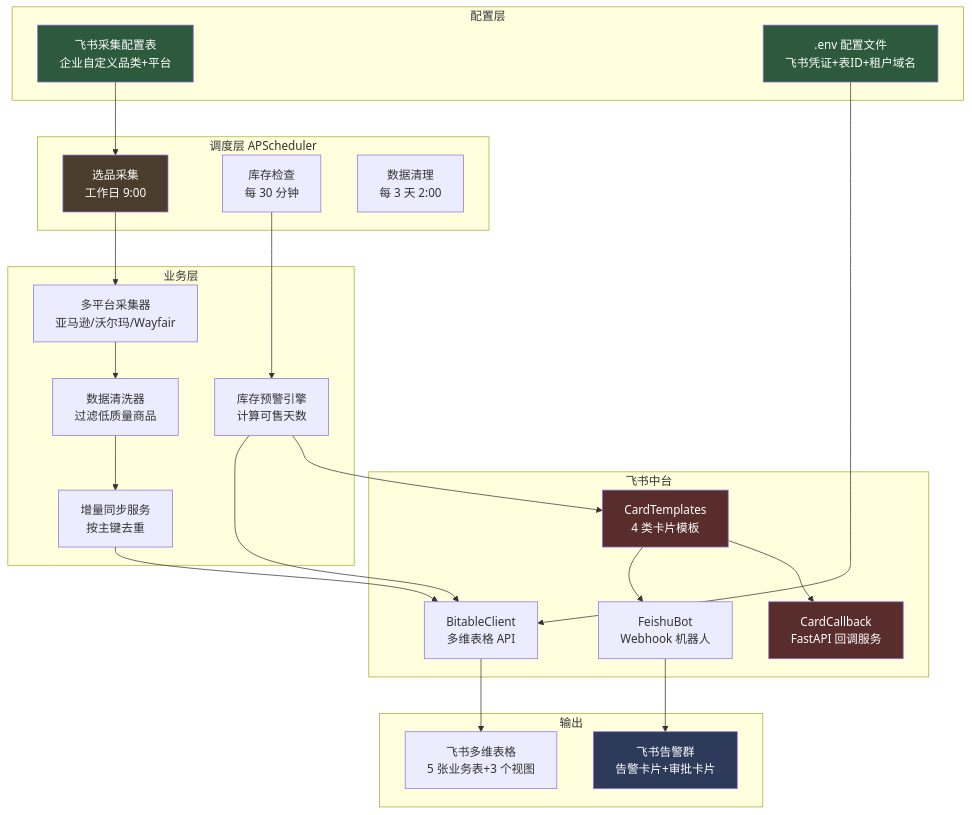
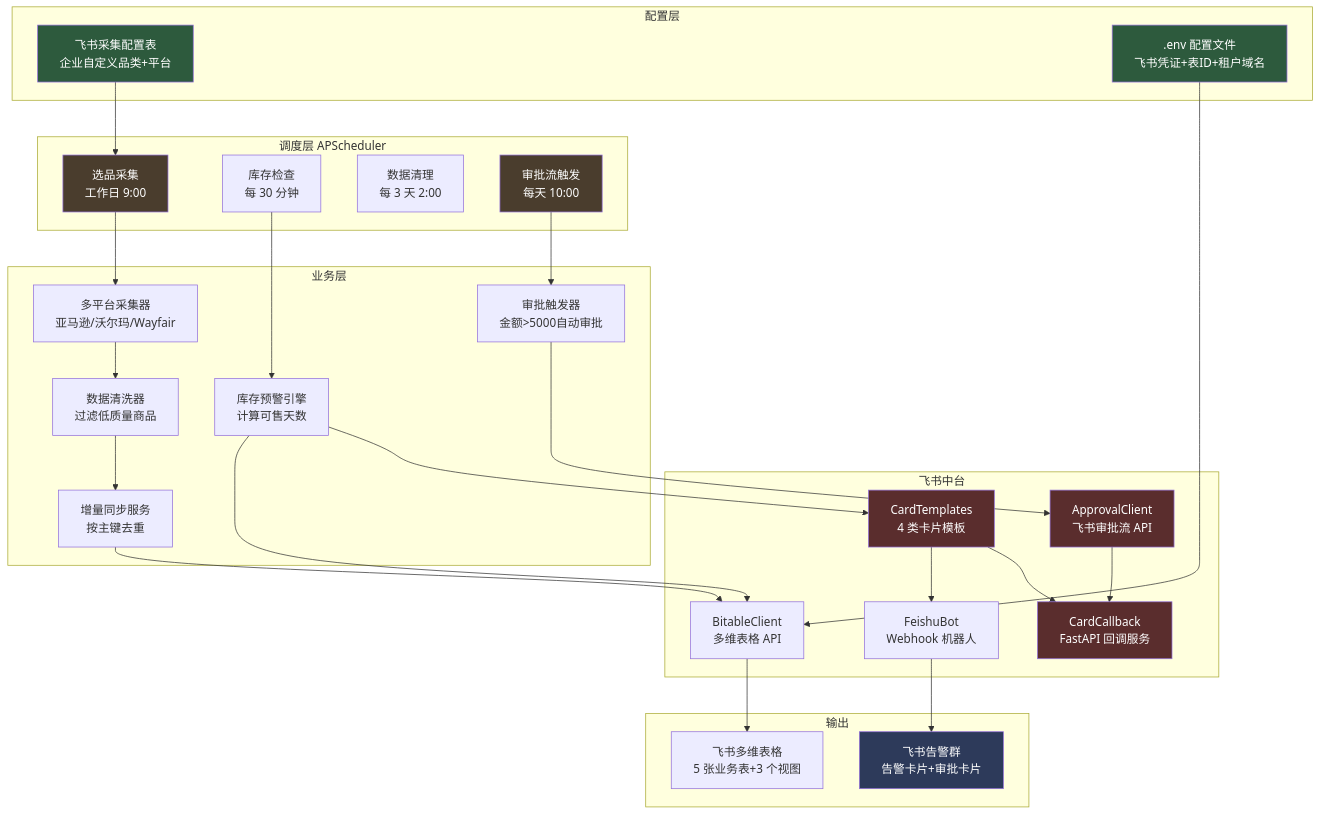
One commit to lbh1nb/cross-border-ai-platform changed the diagram in README.md. Above: the diagram before and after it, drawn with Mermaid. The commit also changed other lines of this file and 16 other files, not shown here.

Commit message:
feat: 08-06 飞书审批流自动化 - 新增 approval.py 审批流 API 客户端 - 扩展 card_callback.py 处理 approval_instance 事件 - 新增 approval_task.py 自动触发任务（每天10点） - 新增 query_approval_definition.py 查询工具 - 29个新测试，全量161测试通过

````diff
--- a/README.md
+++ b/README.md
@@ -50,46 +52,53 @@
 ```mermaid
 flowchart TB
     subgraph 配置层
         A1[飞书采集配置表<br/>企业自定义品类+平台]
         A2[.env 配置文件<br/>飞书凭证+表ID+租户域名]
     end
 
     subgraph 调度层[调度层 APScheduler]
         B1[选品采集<br/>工作日 9:00]
         B2[库存检查<br/>每 30 分钟]
         B3[数据清理<br/>每 3 天 2:00]
+        B5[审批流触发<br/>每天 10:00]
     end
 
     subgraph 业务层
         C1[多平台采集器<br/>亚马逊/沃尔玛/Wayfair]
         C2[数据清洗器<br/>过滤低质量商品]
         C3[增量同步服务<br/>按主键去重]
         C4[库存预警引擎<br/>计算可售天数]
+        C5[审批触发器<br/>金额>5000自动审批]
     end
 
     subgraph 飞书中台
         D1[BitableClient<br/>多维表格 API]
         D2[FeishuBot<br/>Webhook 机器人]
         D3[CardTemplates<br/>4 类卡片模板]
         D4[CardCallback<br/>FastAPI 回调服务]
+        D5[ApprovalClient<br/>飞书审批流 API]
     end
 
     subgraph 输出
         E1[飞书多维表格<br/>5 张业务表+3 个视图]
         E2[飞书告警群<br/>告警卡片+审批卡片]
     end
 
     A1 --> B1
     A2 --> D1
     B1 --> C1 --> C2 --> C3 --> D1 --> E1
     B2 --> C4 --> D1
     C4 --> D3 --> D2 --> E2
     D3 --> D4
+    B5 --> C5 --> D5
+    D5 --> D4
 
     style A1 fill:#2d5a3d,color:#fff
     style A2 fill:#2d5a3d,color:#fff
     style B1 fill:#4a3d2d,color:#fff
+    style B5 fill:#4a3d2d,color:#fff
     style D3 fill:#5a2d2d,color:#fff
     style D4 fill:#5a2d2d,color:#fff
+    style D5 fill:#5a2d2d,color:#fff
     style E2 fill:#2d3a5a,color:#fff
 ```
````
